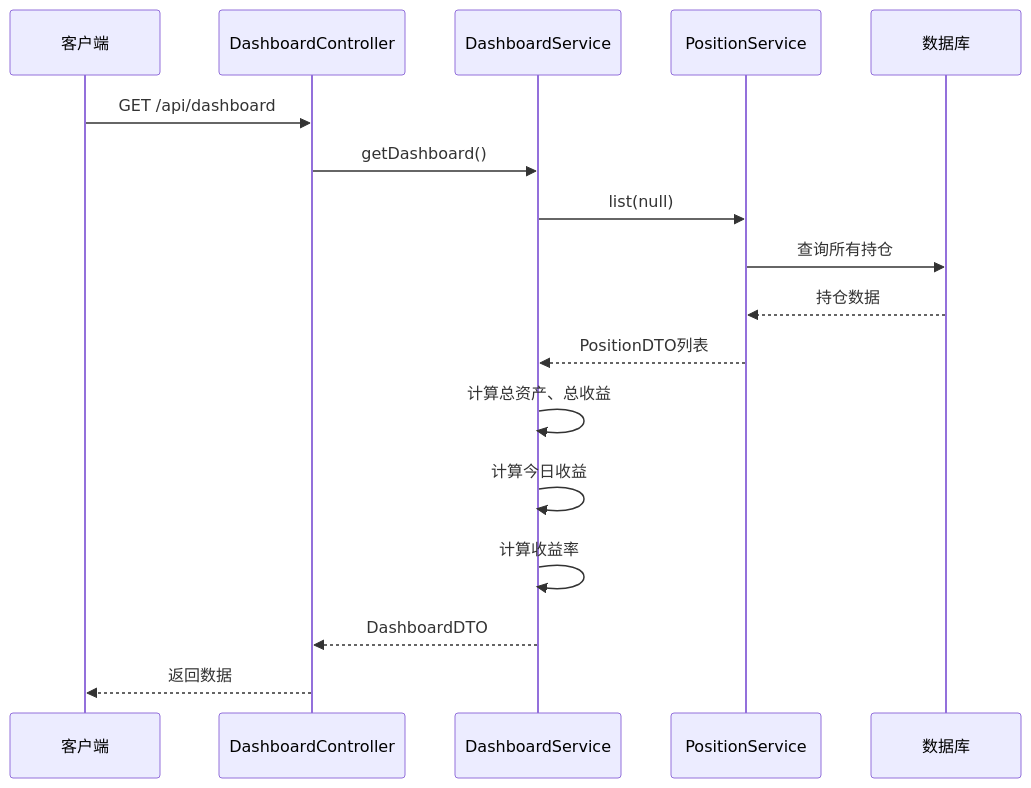
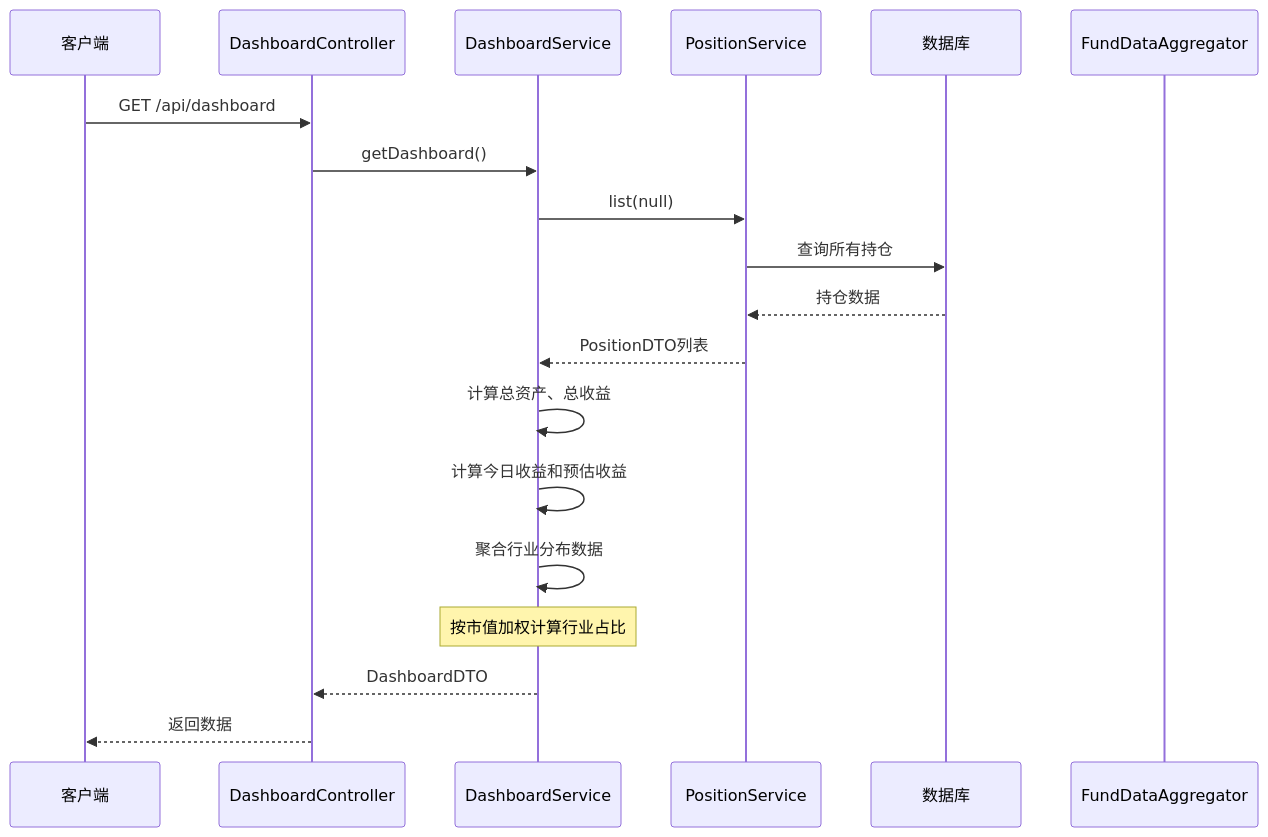
One commit to gree-coder/fund-butler changed the third of 9 diagrams in .qoder/repowiki/zh/content/Dashboard Enhancement.md. Above: the diagram before and after it, drawn with Mermaid. The commit also changed other lines of this file and 15 other files, not shown here.

````diff
--- a/.qoder/repowiki/zh/content/Dashboard Enhancement.md
+++ b/.qoder/repowiki/zh/content/Dashboard Enhancement.md
@@ -190,19 +218,21 @@
 ```mermaid
 sequenceDiagram
 participant Client as 客户端
 participant Controller as DashboardController
 participant Service as DashboardService
 participant PositionSvc as PositionService
 participant DB as 数据库
+participant Aggregator as FundDataAggregator
 Client->>Controller : GET /api/dashboard
 Controller->>Service : getDashboard()
 Service->>PositionSvc : list(null)
 PositionSvc->>DB : 查询所有持仓
 DB-->>PositionSvc : 持仓数据
 PositionSvc-->>Service : PositionDTO列表
 Service->>Service : 计算总资产、总收益
-Service->>Service : 计算今日收益
-Service->>Service : 计算收益率
+Service->>Service : 计算今日收益和预估收益
+Service->>Service : 聚合行业分布数据
+Note over Service : 按市值加权计算行业占比
 Service-->>Controller : DashboardDTO
 Controller-->>Client : 返回数据
 ```
````
